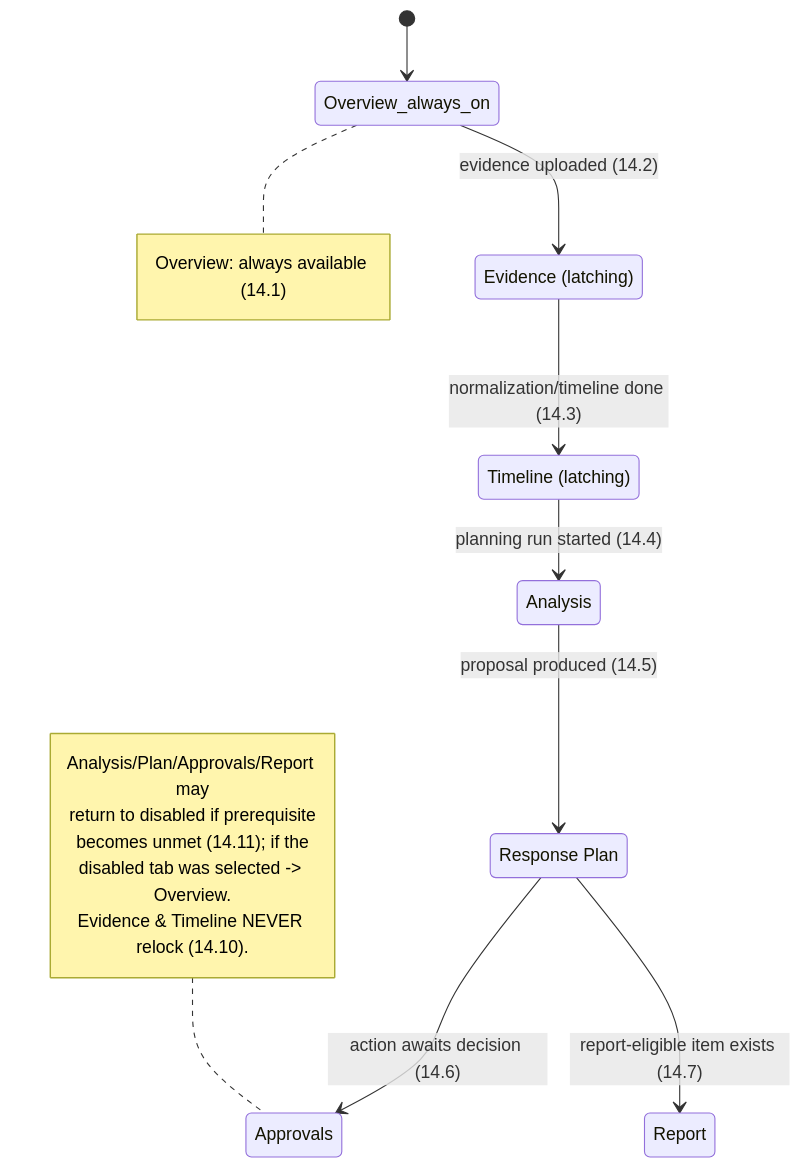
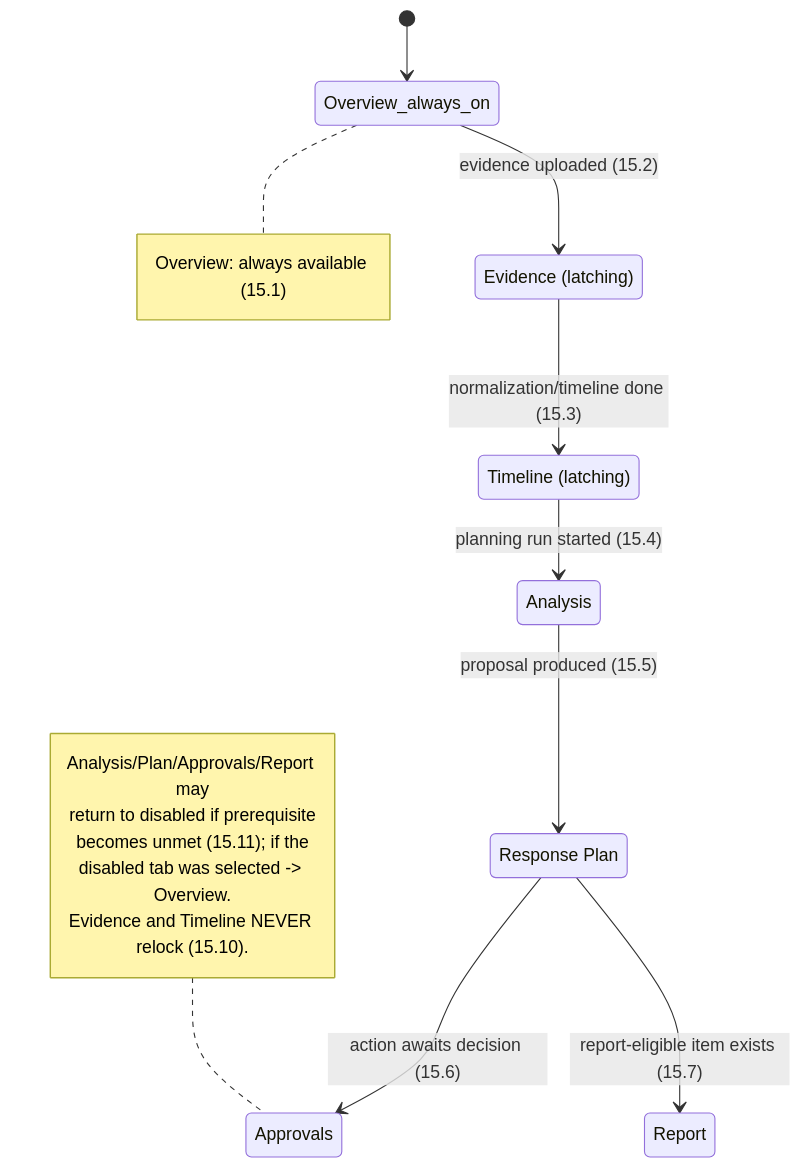
Before and after one commit to fieqah-faisal/hackai-caventas-apu: the third of 4 diagrams in .kiro/specs/caventas-ia-progressive-disclosure/design.md, drawn with Mermaid. The commit also changed other lines of this file and 2 other files, not shown here.

````diff
--- a/.kiro/specs/caventas-ia-progressive-disclosure/design.md
+++ b/.kiro/specs/caventas-ia-progressive-disclosure/design.md
@@ -148,29 +547,29 @@
 ```mermaid
 stateDiagram-v2
   [*] --> Overview_always_on
   note right of Overview_always_on
-    Overview: always available (14.1)
+    Overview: always available (15.1)
   end note
 
   state "Evidence (latching)" as Ev
   state "Timeline (latching)" as Tl
   state "Analysis" as An
   state "Response Plan" as Rp
   state "Approvals" as Ap
   state "Report" as Re
 
-  Overview_always_on --> Ev: evidence uploaded (14.2)
-  Ev --> Tl: normalization/timeline done (14.3)
-  Tl --> An: planning run started (14.4)
-  An --> Rp: proposal produced (14.5)
-  Rp --> Ap: action awaits decision (14.6)
-  Rp --> Re: report-eligible item exists (14.7)
+  Overview_always_on --> Ev: evidence uploaded (15.2)
+  Ev --> Tl: normalization/timeline done (15.3)
+  Tl --> An: planning run started (15.4)
+  An --> Rp: proposal produced (15.5)
+  Rp --> Ap: action awaits decision (15.6)
+  Rp --> Re: report-eligible item exists (15.7)
 
   note left of Ap
     Analysis/Plan/Approvals/Report may
     return to disabled if prerequisite
-    becomes unmet (14.11); if the
+    becomes unmet (15.11); if the
     disabled tab was selected -> Overview.
-    Evidence & Timeline NEVER relock (14.10).
+    Evidence and Timeline NEVER relock (15.10).
   end note
 ```
````
